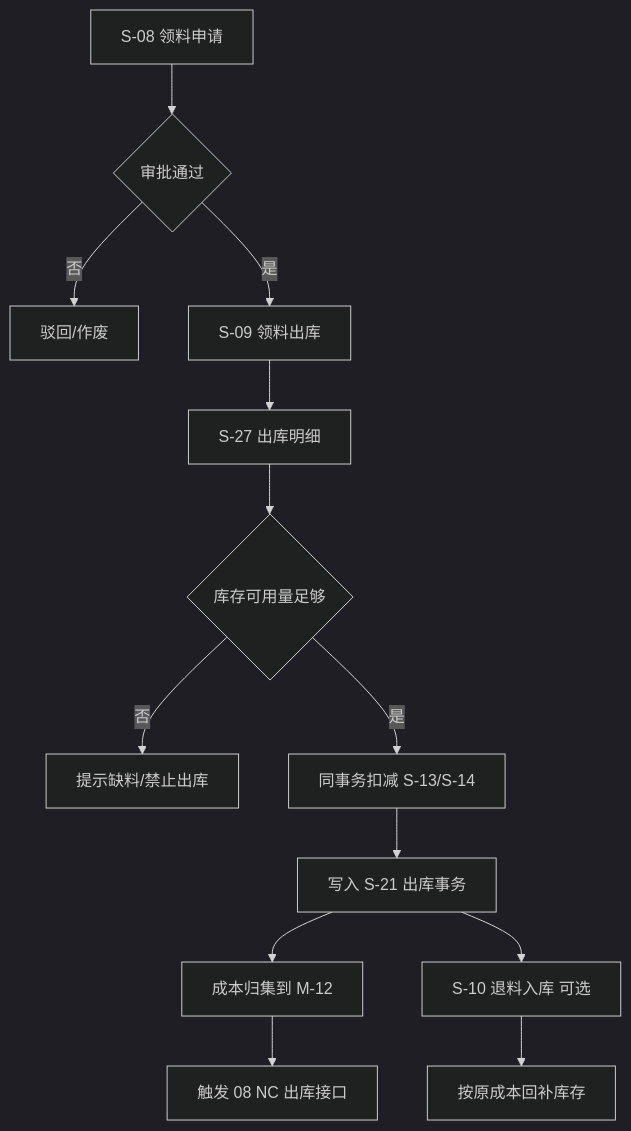
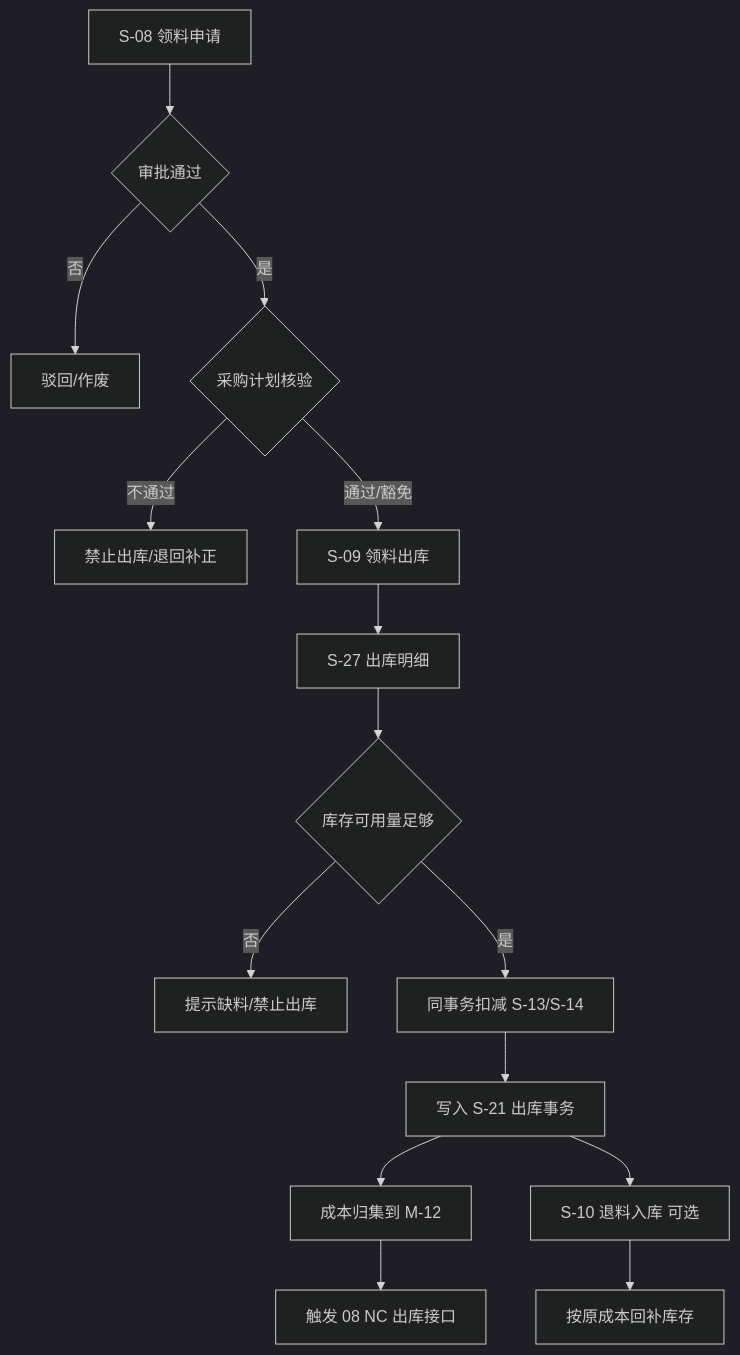
The eighth of 13 diagrams in docs/详细设计/06-库存实物流转详细设计-V1.0.md (hongjun-lee/SupplyCore), drawn with Mermaid (dark theme) before and after one commit. The commit also changed other lines of this file and 10 other files, not shown here.

````diff
--- a/docs/详细设计/06-库存实物流转详细设计-V1.0.md
+++ b/docs/详细设计/06-库存实物流转详细设计-V1.0.md
@@ -701,15 +709,17 @@
 ```mermaid
 flowchart TD
     A[S-08 领料申请] --> B{审批通过}
     B -- 否 --> C[驳回/作废]
-    B -- 是 --> D[S-09 领料出库]
-    D --> E[S-27 出库明细]
-    E --> F{库存可用量足够}
-    F -- 否 --> G[提示缺料/禁止出库]
-    F -- 是 --> H[同事务扣减 S-13/S-14]
+    B -- 是 --> D{采购计划核验}
+    D -- 不通过 --> G0[禁止出库/退回补正]
+    D -- 通过/豁免 --> E[S-09 领料出库]
+    E --> F[S-27 出库明细]
+    F --> G{库存可用量足够}
+    G -- 否 --> H0[提示缺料/禁止出库]
+    G -- 是 --> H[同事务扣减 S-13/S-14]
     H --> I[写入 S-21 出库事务]
     I --> J[成本归集到 M-12]
     J --> K[触发 08 NC 出库接口]
     I --> L[S-10 退料入库 可选]
     L --> M[按原成本回补库存]
 ```
````
